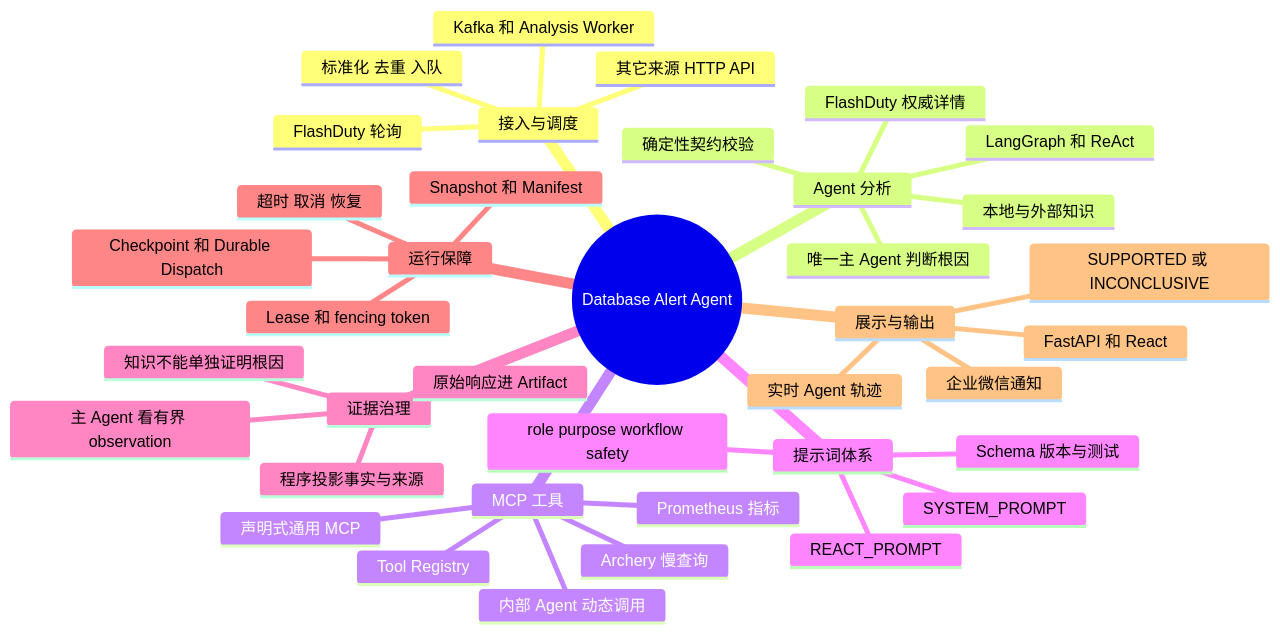
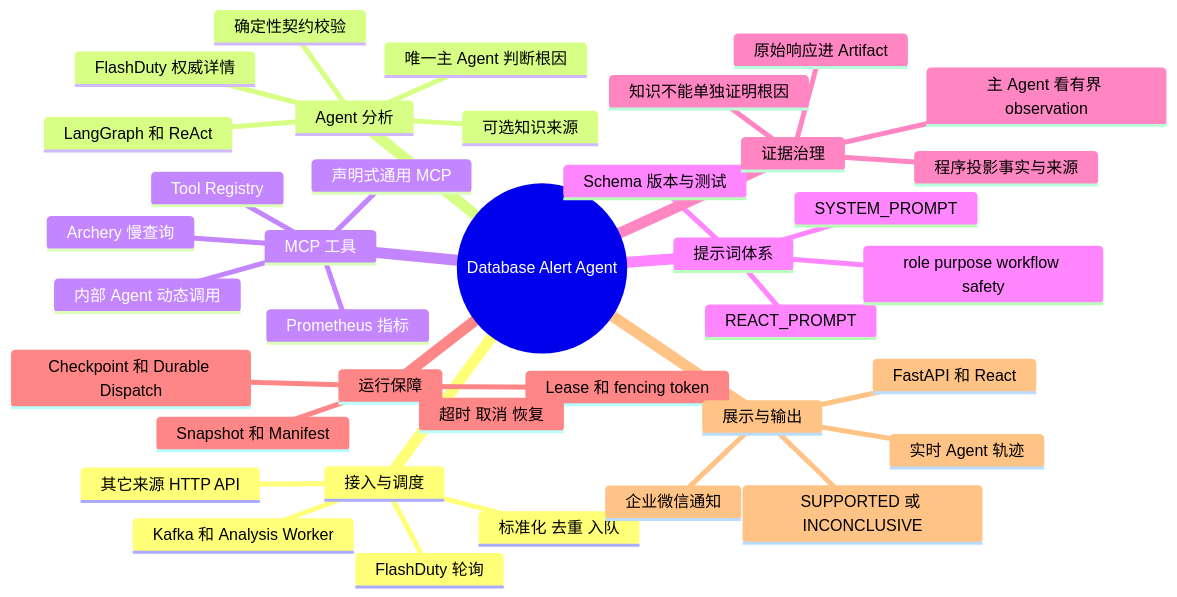
The first of 5 diagrams in docs/project-architecture.md (180cmchn/Database-Alert-Agent), drawn with Mermaid before and after one commit. The commit also changed other lines of this file and 83 other files, not shown here.

````diff
--- a/docs/project-architecture.md
+++ b/docs/project-architecture.md
@@ -9,41 +9,41 @@
 ```mermaid
 mindmap
   root((Database Alert Agent))
     接入与调度
       FlashDuty 轮询
       其它来源 HTTP API
       标准化 去重 入队
       Kafka 和 Analysis Worker
     Agent 分析
       FlashDuty 权威详情
-      本地与外部知识
+      可选知识来源
       LangGraph 和 ReAct
       唯一主 Agent 判断根因
       确定性契约校验
     MCP 工具
       Tool Registry
       Archery 慢查询
       Prometheus 指标
       声明式通用 MCP
       内部 Agent 动态调用
     提示词体系
       REACT_PROMPT
       SYSTEM_PROMPT
       role purpose workflow safety
       Schema 版本与测试
     证据治理
       原始响应进 Artifact
       程序投影事实与来源
       主 Agent 看有界 observation
       知识不能单独证明根因
     运行保障
       Snapshot 和 Manifest
       Lease 和 fencing token
       Checkpoint 和 Durable Dispatch
       超时 取消 恢复
     展示与输出
       FastAPI 和 React
       实时 Agent 轨迹
       企业微信通知
       SUPPORTED 或 INCONCLUSIVE
 ```
````
